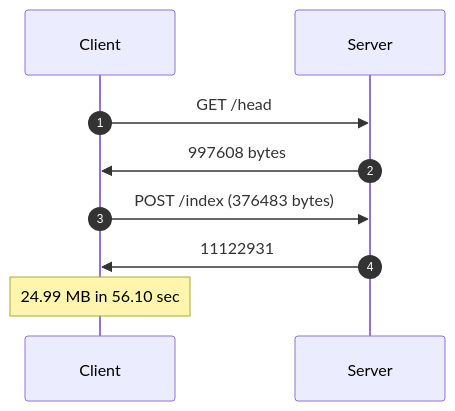
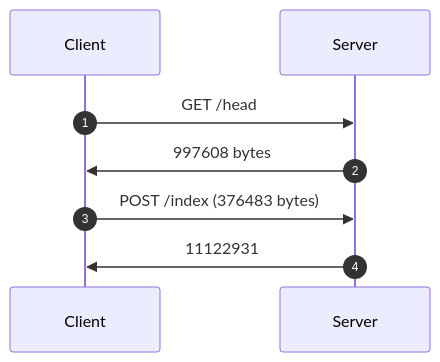
Before and after one commit to bitmeta69/securedrop: the second of 4 diagrams in PROPOSAL.md, drawn with Mermaid. The commit also changed other lines of this file, not shown here.

````diff
--- a/PROPOSAL.md
+++ b/PROPOSAL.md
@@ -77,15 +77,13 @@
 ```mermaid
 sequenceDiagram
 autonumber
 
 participant Client
 participant Server
 
 Client ->> Server: GET /head
 Server ->> Client: 997608 bytes
 
 Client ->> Server: POST /index (376483 bytes)
 Server ->> Client: 11122931
-
-Note over Client: 24.99 MB in 56.10 sec
 ```
````
